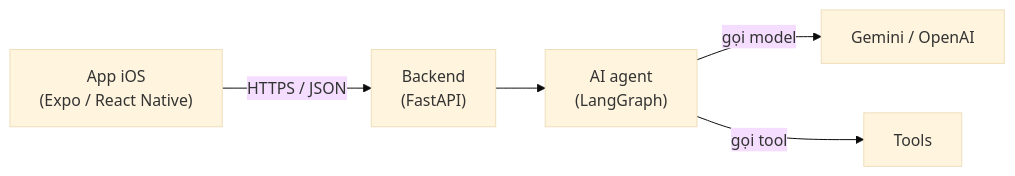
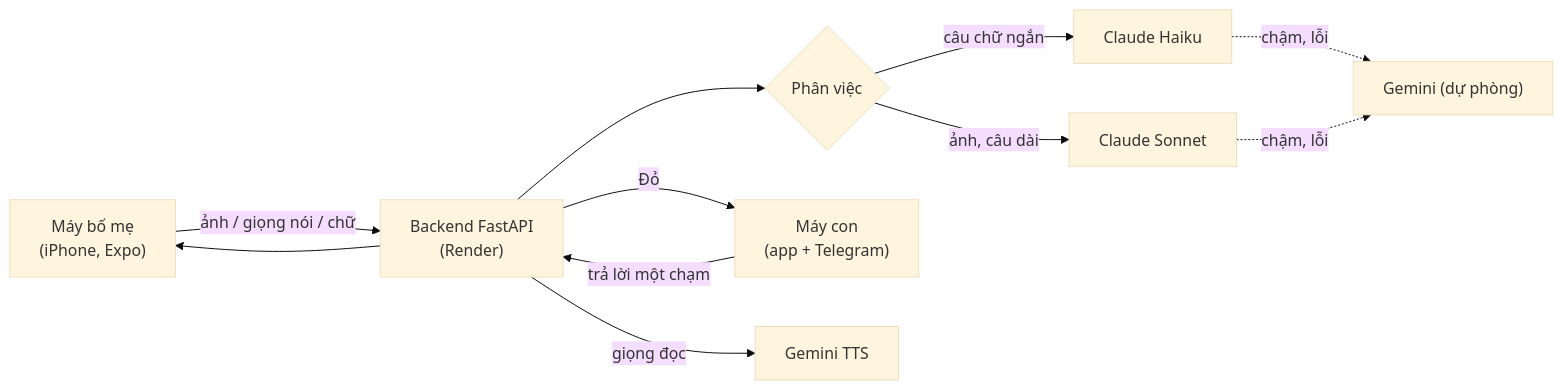
The diagram in README.md (Tai-TZ/codex-hackathon-hanoi), drawn with Mermaid (base theme) before and after one commit. The commit also changed other lines of this file and 9 other files, not shown here.

````diff
--- a/README.md
+++ b/README.md
@@ -30,7 +55,12 @@
 ```mermaid
 flowchart LR
-    A["App iOS<br/>(Expo / React Native)"] -- "HTTPS / JSON" --> B["Backend<br/>(FastAPI)"]
-    B --> C["AI agent<br/>(LangGraph)"]
-    C -- "gọi model" --> D["Gemini / OpenAI"]
-    C -- "gọi tool" --> E["Tools"]
+    P["Máy bố mẹ<br/>(iPhone, Expo)"] -- "ảnh / giọng nói / chữ" --> B["Backend FastAPI<br/>(Render)"]
+    B --> R{"Phân việc"}
+    R -- "câu chữ ngắn" --> H["Claude Haiku"]
+    R -- "ảnh, câu dài" --> S["Claude Sonnet"]
+    H & S -. "chậm, lỗi" .-> G["Gemini (dự phòng)"]
+    B -- "Đỏ" --> C["Máy con<br/>(app + Telegram)"]
+    C -- "trả lời một chạm" --> B
+    B -- "giọng đọc" --> T["Gemini TTS"]
+    B --> P
 ```
````
